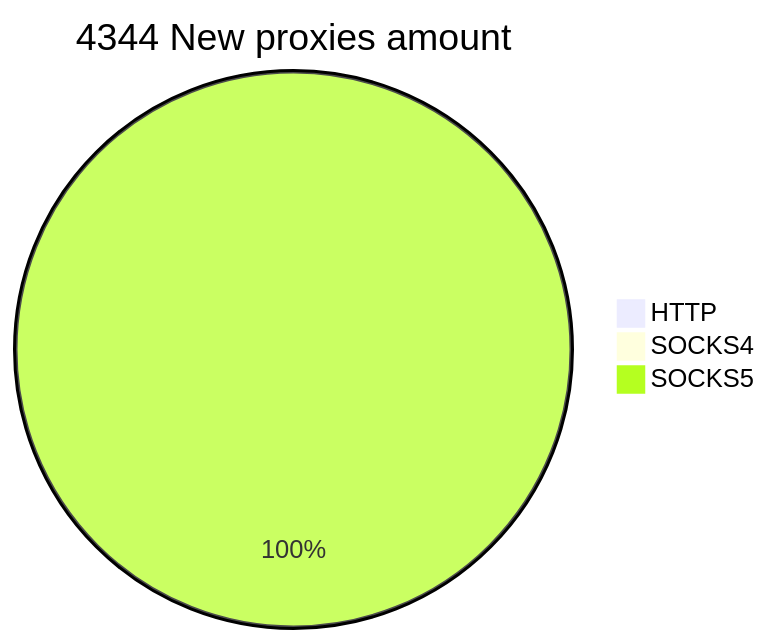
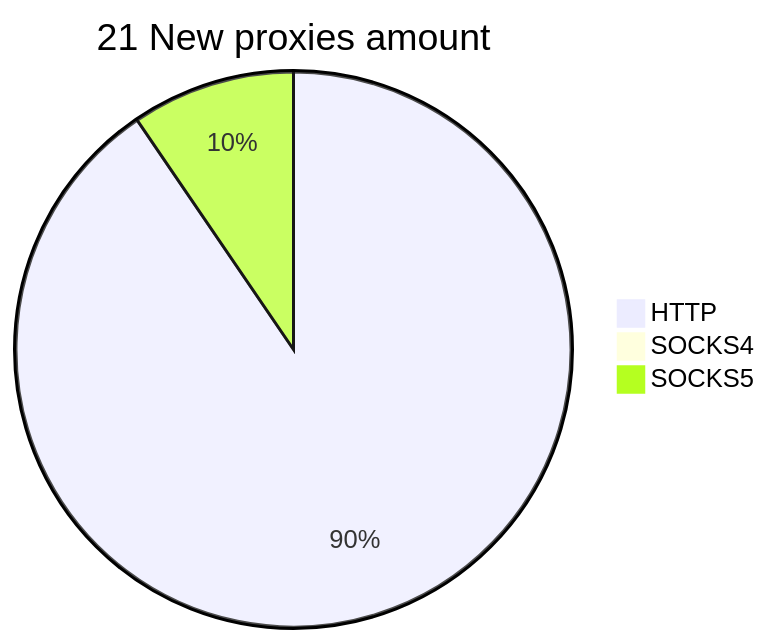
One commit to cutipu/proxylist changed the second of 2 diagrams in README.md. Above: the diagram before and after it, drawn with Mermaid. The commit also changed other lines of this file, not shown here.

````diff
--- a/README.md
+++ b/README.md
@@ -10,6 +10,6 @@
 ```mermaid
-pie title 4344 New proxies amount
-    "HTTP" : 0
+pie title 21 New proxies amount
+    "HTTP" : 19
     "SOCKS4" : 0
-    "SOCKS5" : 4344
+    "SOCKS5" : 2
 ```
````
